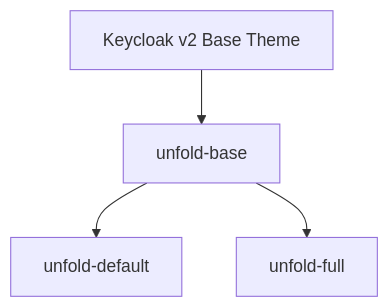
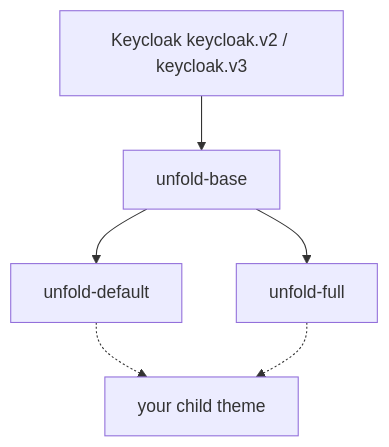
The diagram in README.md (ffalcinelli/keycloak-unfold), drawn with Mermaid before and after one commit. The commit also changed other lines of this file and 76 other files, not shown here.

````diff
--- a/README.md
+++ b/README.md
@@ -43,6 +43,8 @@
 ```mermaid
 graph TD
-    A[Keycloak v2 Base Theme] --> B[unfold-base]
+    A[Keycloak keycloak.v2 / keycloak.v3] --> B[unfold-base]
     B --> C[unfold-default]
     B --> D[unfold-full]
+    C -.-> E[your child theme]
+    D -.-> E
 ```
````
